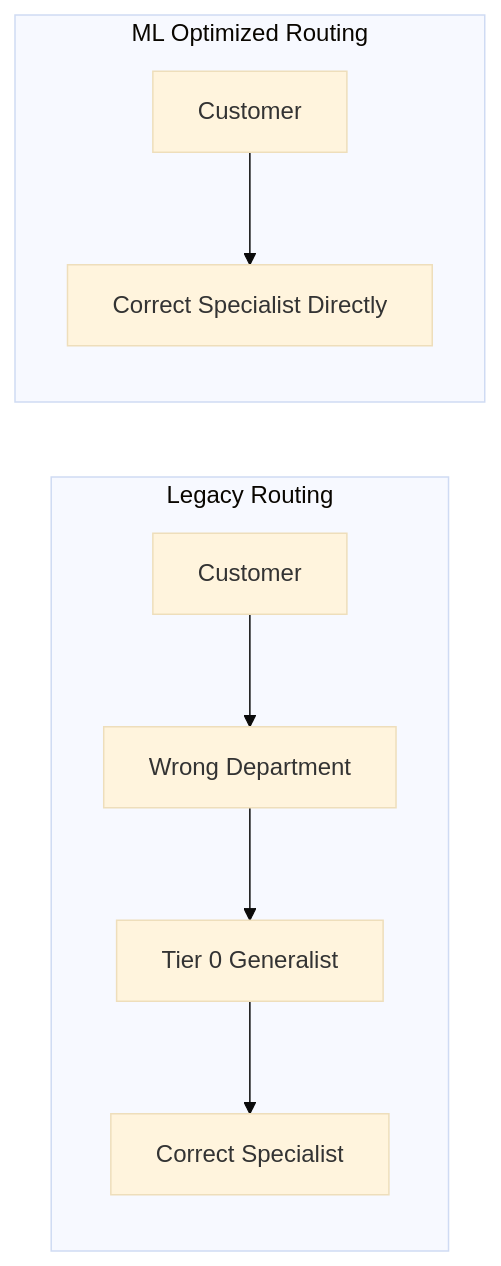
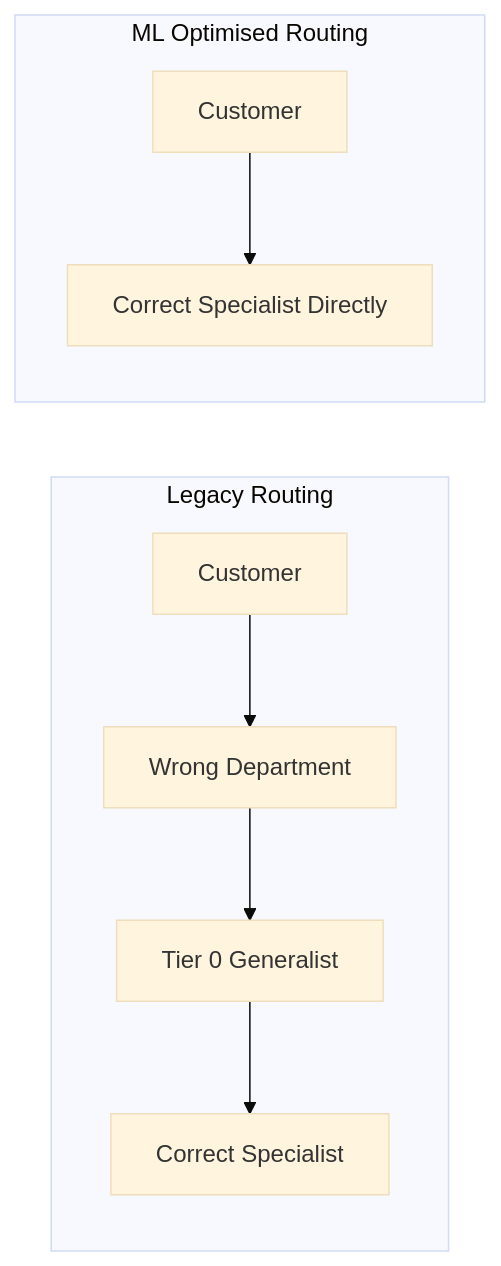
One commit to leejonchapman/AWS-Certified-AI-Practitioner---AIF-C01-notes changed the fifth of 12 diagrams in 04_developingMachineLearningSolutions.md. Above: the diagram before and after it, drawn with Mermaid (base theme). The commit also changed other lines of this file, not shown here.

````diff
--- a/04_developingMachineLearningSolutions.md
+++ b/04_developingMachineLearningSolutions.md
@@ -134,12 +134,12 @@
 ```mermaid
 graph LR
     subgraph Legacy Routing
         C1[Customer] --> D1[Wrong Department]
         D1 --> T1[Tier 0 Generalist]
         T1 --> A1[Correct Specialist]
     end
     
-    subgraph ML Optimized Routing
+    subgraph ML Optimised Routing
         C2[Customer] --> A2[Correct Specialist Directly]
     end
 ```
````
